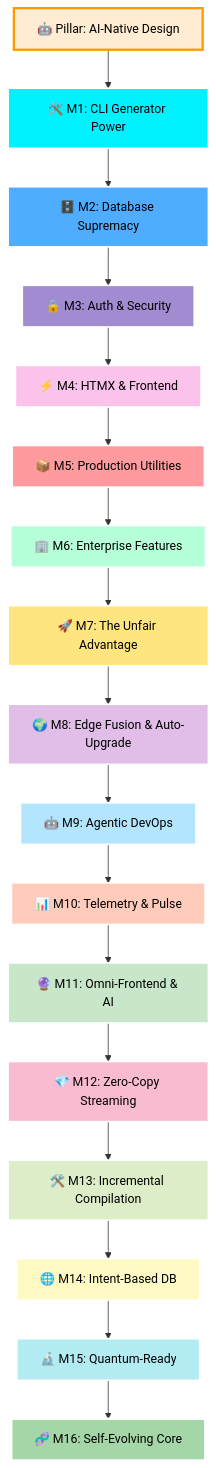
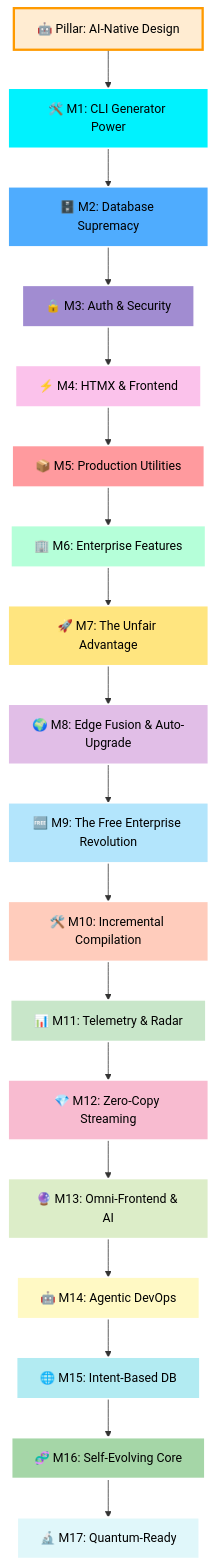
The diagram in ROADMAP.md (Rullst/Rullst), drawn with Mermaid before and after one commit. The commit also changed other lines of this file and 20 other files, not shown here.

````diff
--- a/ROADMAP.md
+++ b/ROADMAP.md
@@ -23,37 +23,39 @@
 ```mermaid
 graph TD
     M0["🤖 Pillar: AI-Native Design"] --> M1["🛠️ M1: CLI Generator Power"]
     M1 --> M2["🗄️ M2: Database Supremacy"]
     M2 --> M3["🔒 M3: Auth & Security"]
     M3 --> M4["⚡ M4: HTMX & Frontend"]
     M4 --> M5["📦 M5: Production Utilities"]
     M5 --> M6["🏢 M6: Enterprise Features"]
     M6 --> M7["🚀 M7: The Unfair Advantage"]
     M7 --> M8["🌍 M8: Edge Fusion & Auto-Upgrade"]
-    M8 --> M9["🤖 M9: Agentic DevOps"]
-    M9 --> M10["📊 M10: Telemetry & Pulse"]
-    M10 --> M11["🔮 M11: Omni-Frontend & AI"]
+    M8 --> M9["🆓 M9: The Free Enterprise Revolution"]
+    M9 --> M10["🛠️ M10: Incremental Compilation"]
+    M10 --> M11["📊 M11: Telemetry & Radar"]
     M11 --> M12["💎 M12: Zero-Copy Streaming"]
-    M12 --> M13["🛠️ M13: Incremental Compilation"]
-    M13 --> M14["🌐 M14: Intent-Based DB"]
-    M14 --> M15["🔬 M15: Quantum-Ready"]
+    M12 --> M13["🔮 M13: Omni-Frontend & AI"]
+    M13 --> M14["🤖 M14: Agentic DevOps"]
+    M14 --> M15["🌐 M15: Intent-Based DB"]
     M15 --> M16["🧬 M16: Self-Evolving Core"]
+    M16 --> M17["🔬 M17: Quantum-Ready"]
 
     style M0  fill:#ffecd2,stroke:#ff9a00,stroke-width:3px,color:#000
     style M1  fill:#00f2fe,stroke:#fff,stroke-width:2px,color:#000
     style M2  fill:#4facfe,stroke:#fff,stroke-width:2px,color:#000
     style M3  fill:#a18cd1,stroke:#fff,stroke-width:2px,color:#000
     style M4  fill:#fbc2eb,stroke:#fff,stroke-width:2px,color:#000
     style M5  fill:#ff9a9e,stroke:#fff,stroke-width:2px,color:#000
     style M6  fill:#b5ffd9,stroke:#fff,stroke-width:2px,color:#000
     style M7  fill:#ffe57f,stroke:#fff,stroke-width:2px,color:#000
     style M8  fill:#e1bee7,stroke:#fff,stroke-width:2px,color:#000
     style M9  fill:#b3e5fc,stroke:#fff,stroke-width:2px,color:#000
     style M10 fill:#ffccbc,stroke:#fff,stroke-width:2px,color:#000
     style M11 fill:#c8e6c9,stroke:#fff,stroke-width:2px,color:#000
     style M12 fill:#f8bbd0,stroke:#fff,stroke-width:2px,color:#000
     style M13 fill:#dcedc8,stroke:#fff,stroke-width:2px,color:#000
     style M14 fill:#fff9c4,stroke:#fff,stroke-width:2px,color:#000
     style M15 fill:#b2ebf2,stroke:#fff,stroke-width:2px,color:#000
     style M16 fill:#a5d6a7,stroke:#fff,stroke-width:3px,color:#000
+    style M17 fill:#e0f7fa,stroke:#fff,stroke-width:3px,color:#000
 ```
````
